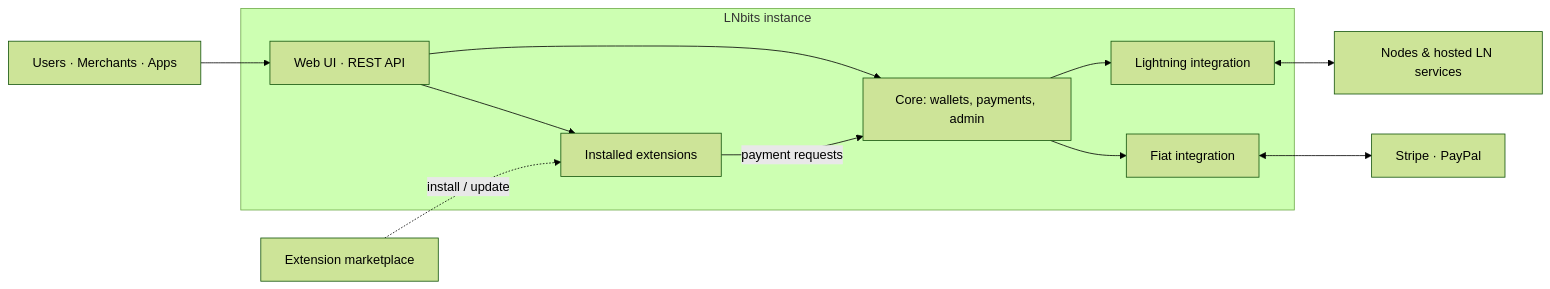
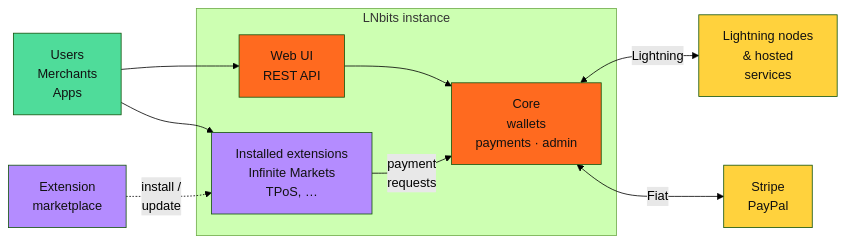
The first of 4 diagrams in docs/viewer/slides/deck.md (bitkarrot/infinitemarkets), drawn with Mermaid (forest theme) before and after one commit. The commit also changed other lines of this file and 3 other files, not shown here.

First line of the commit message:
Redraw the LNbits platform diagram so it reads at a glance

````diff
--- a/docs/viewer/slides/deck.md
+++ b/docs/viewer/slides/deck.md
@@ -64,23 +64,28 @@
 ```mermaid
+%%{init: {"flowchart": {"rankSpacing": 38, "nodeSpacing": 34}}}%%
 flowchart LR
-    users["Users · Merchants · Apps"]
+    users["Users<br/>Merchants<br/>Apps"]
+    market["Extension<br/>marketplace"]
     subgraph lnbits["LNbits instance"]
-        interface["Web UI · REST API"]
-        core["Core: wallets, payments, admin"]
-        ext["Installed extensions"]
-        ln["Lightning integration"]
-        fiat["Fiat integration"]
-        interface --> core
-        interface --> ext
-        ext -->|payment requests| core
-        core --> ln
-        core --> fiat
+        interface["Web UI<br/>REST API"]
+        ext["Installed extensions<br/>Infinite Markets<br/>TPoS, …"]
+        core["Core<br/>wallets<br/>payments · admin"]
     end
-    nodes["Nodes & hosted LN services"]
-    providers["Stripe · PayPal"]
-    market["Extension marketplace"]
+    nodes["Lightning nodes<br/>& hosted<br/>services"]
+    providers["Stripe<br/>PayPal"]
     users --> interface
-    ln <--> nodes
-    fiat <--> providers
-    market -.->|install / update| ext
+    users --> ext
+    market -.->|install /<br/>update| ext
+    interface --> core
+    ext -->|payment<br/>requests| core
+    core <-->|Lightning| nodes
+    core <-->|Fiat| providers
+    classDef client fill:#4fdc9a,color:#111111
+    classDef core fill:#ff6a1f,color:#111111
+    classDef ext fill:#b48cff,color:#111111
+    classDef outside fill:#ffd23d,color:#111111
+    class users client
+    class interface,core core
+    class ext,market ext
+    class nodes,providers outside
 ```
````
